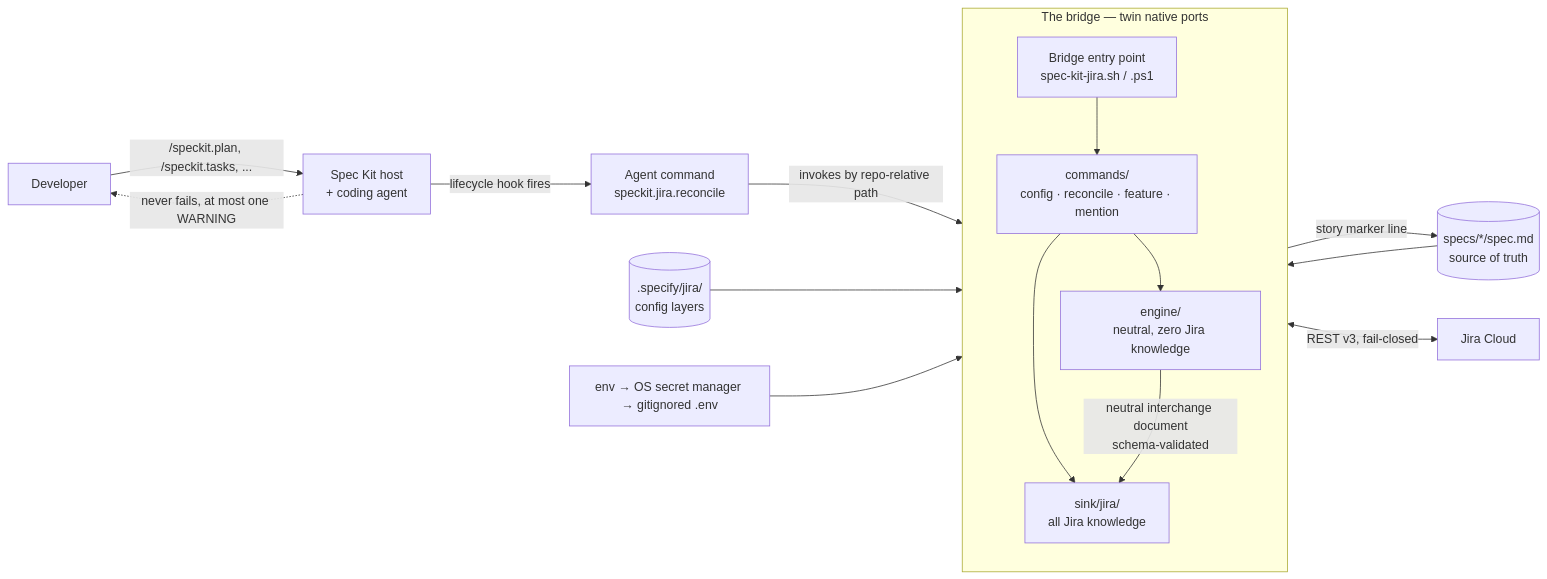
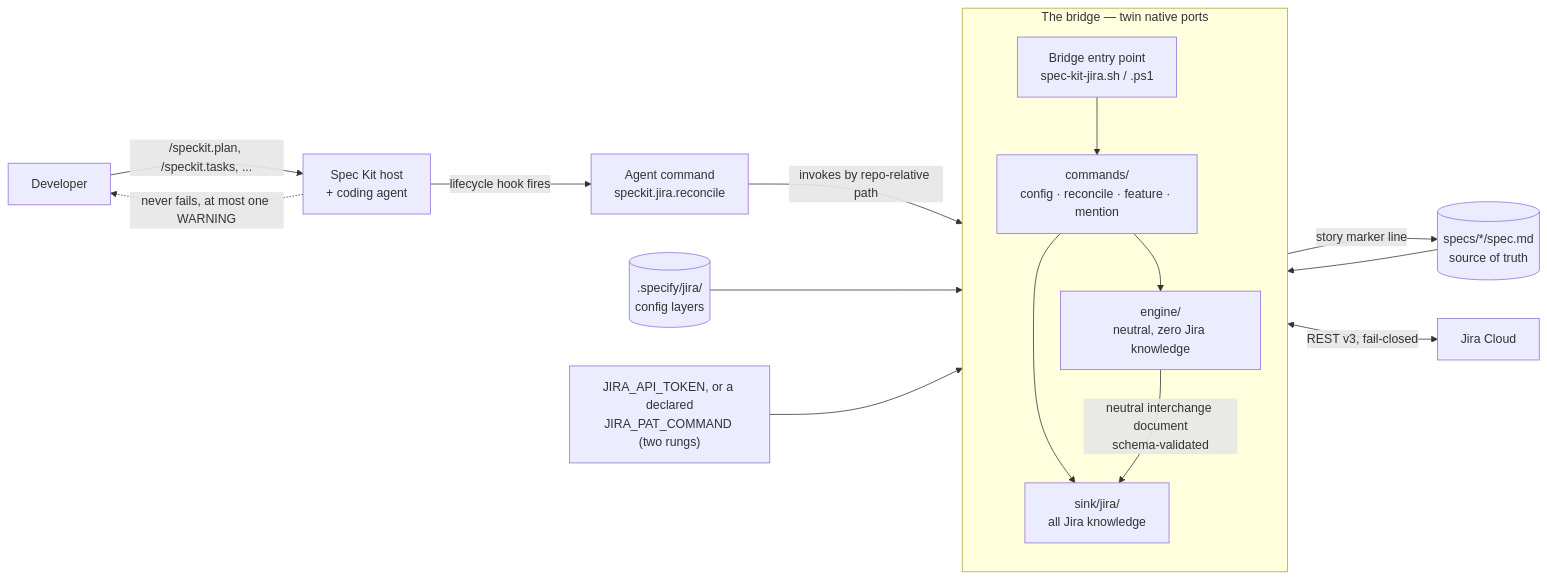
The diagram in docs/README.md (Fyloss/spec-kit-jira), drawn with Mermaid before and after one commit. The commit also changed 116 other files, not shown here.

First line of the commit message:
feat(jira)!: retire .env credential rung, add JIRA_PAT_COMMAND (#43)

````diff
--- a/docs/README.md
+++ b/docs/README.md
@@ -13,23 +13,23 @@
 ```mermaid
 flowchart LR
     Dev["Developer"] -->|"/speckit.plan, /speckit.tasks, ..."| Host["Spec Kit host<br/>+ coding agent"]
 
     Host -->|"lifecycle hook fires"| Cmd["Agent command<br/>speckit.jira.reconcile"]
     Cmd -->|"invokes by repo-relative path"| Entry["Bridge entry point<br/>spec-kit-jira.sh / .ps1"]
 
     subgraph Bridge["The bridge — twin native ports"]
         direction TB
         Entry --> Commands["commands/<br/>config · reconcile · feature · mention"]
         Commands --> Engine["engine/<br/>neutral, zero Jira knowledge"]
         Commands --> Sink["sink/jira/<br/>all Jira knowledge"]
         Engine -->|"neutral interchange document<br/>schema-validated"| Sink
     end
 
     Specs[("specs/*/spec.md<br/>source of truth")] --> Engine
     Engine -->|"story marker line"| Specs
     Config[(".specify/jira/<br/>config layers")] --> Commands
-    Secrets["env → OS secret manager → gitignored .env"] --> Sink
+    Secrets["JIRA_API_TOKEN, or a declared<br/>JIRA_PAT_COMMAND (two rungs)"] --> Sink
     Sink <-->|"REST v3, fail-closed"| Jira["Jira Cloud"]
 
     Host -.->|"never fails, at most one WARNING"| Dev
 ```
````
